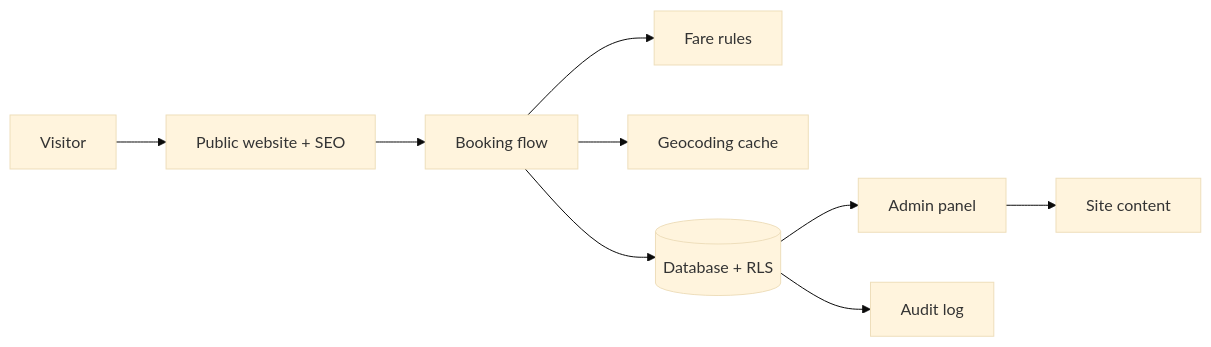
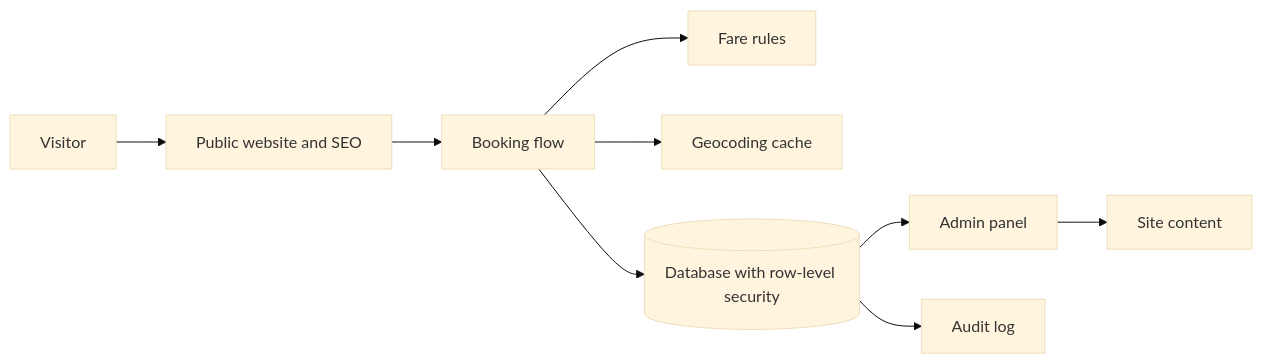
The first of 2 diagrams in README.md (MattReyvit/cabbie-case-study), drawn with Mermaid (base theme) before and after one commit. The commit also changed other lines of this file, not shown here.

First line of the commit message:
Revise README for improved clarity and content

````diff
--- a/README.md
+++ b/README.md
@@ -22,11 +18,11 @@
 ```mermaid
 flowchart LR
-  V[Visitor] --> W[Public website + SEO]
-  W --> B[Booking flow]
-  B --> P[Fare rules]
-  B --> G[Geocoding cache]
-  B --> D[(Database + RLS)]
-  D --> A[Admin panel]
-  A --> C[Site content]
-  D --> L[Audit log]
+    V[Visitor] --> W[Public website and SEO]
+    W --> B[Booking flow]
+    B --> P[Fare rules]
+    B --> G[Geocoding cache]
+    B --> D[(Database with row-level security)]
+    D --> A[Admin panel]
+    A --> C[Site content]
+    D --> L[Audit log]
 ```
````
